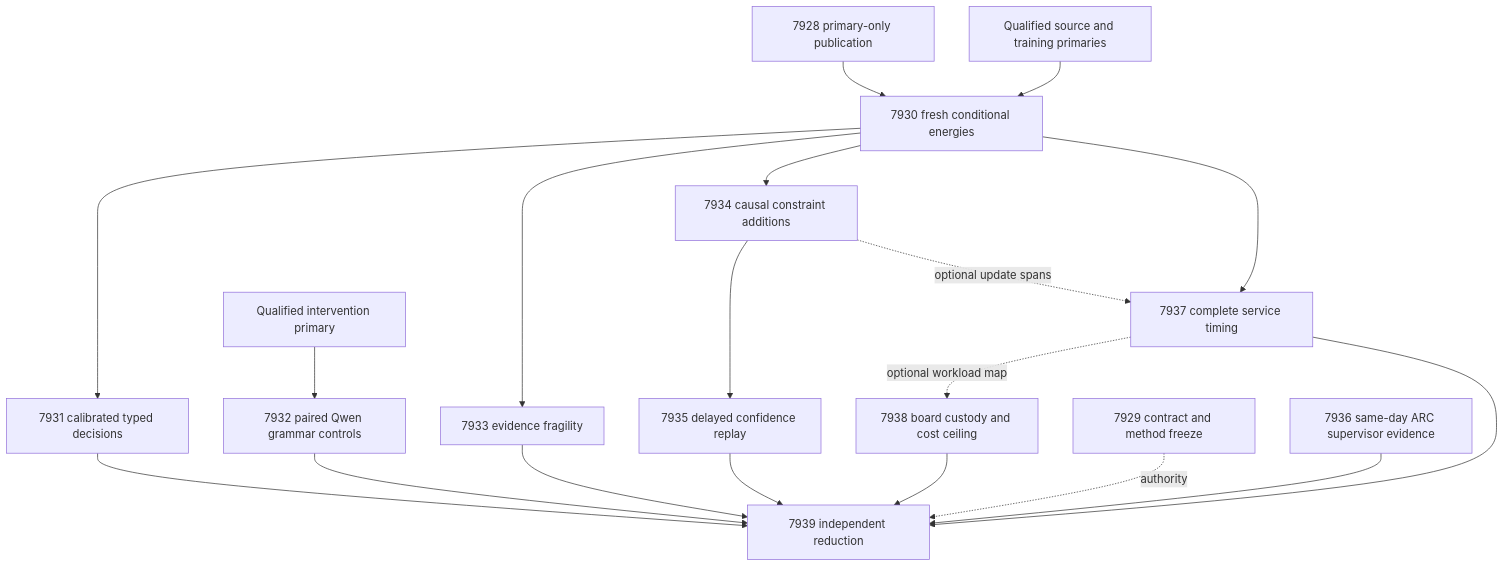
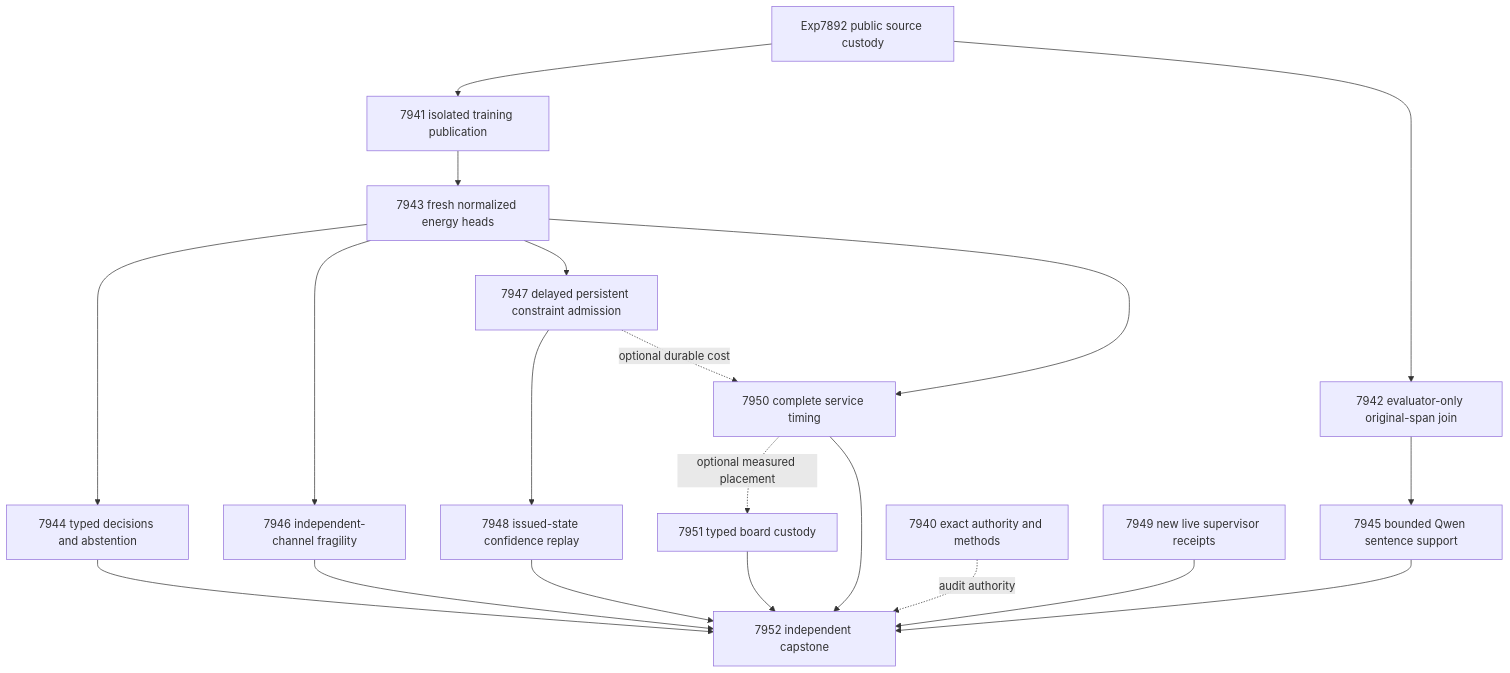
The diagram in openspec/change-proposals/research-roadmap-vNEXT.md (Carnot-EBM/carnot-ebm), drawn with Mermaid before and after one commit. The commit also changed other lines of this file and 13 other files, not shown here.

````diff
--- a/openspec/change-proposals/research-roadmap-vNEXT.md
+++ b/openspec/change-proposals/research-roadmap-vNEXT.md
@@ -96,21 +98,22 @@
 ```mermaid
 flowchart TD
-  P[7928 primary-only publication] --> F[7930 fresh conditional energies]
-  S[Qualified source and training primaries] --> F
-  F --> D[7931 calibrated typed decisions]
-  F --> B[7933 evidence fragility]
-  F --> L[7934 causal constraint additions]
-  L --> C[7935 delayed confidence replay]
-  F --> E[7937 complete service timing]
-  L -. optional update spans .-> E
-  I[Qualified intervention primary] --> Q[7932 paired Qwen grammar controls]
-  E -. optional workload map .-> H[7938 board custody and cost ceiling]
-  A[7929 contract and method freeze] -. authority .-> R[7939 independent reduction]
-  X[7936 same-day ARC supervisor evidence] --> R
+  P[Exp7892 public source custody] --> Q[7941 isolated training publication]
+  P --> L[7942 evaluator-only original-span join]
+  Q --> E[7943 fresh normalized energy heads]
+  E --> D[7944 typed decisions and abstention]
+  L --> G[7945 bounded Qwen sentence support]
+  E --> F[7946 independent-channel fragility]
+  E --> M[7947 delayed persistent constraint admission]
+  M --> C[7948 issued-state confidence replay]
+  E --> T[7950 complete service timing]
+  M -. optional durable cost .-> T
+  T -. optional measured placement .-> H[7951 typed board custody]
+  A[7940 exact authority and methods] -. audit authority .-> R[7952 independent capstone]
+  S[7949 new live supervisor receipts] --> R
   D --> R
-  B --> R
+  G --> R
+  F --> R
   C --> R
-  Q --> R
-  E --> R
+  T --> R
   H --> R
 ```
````
